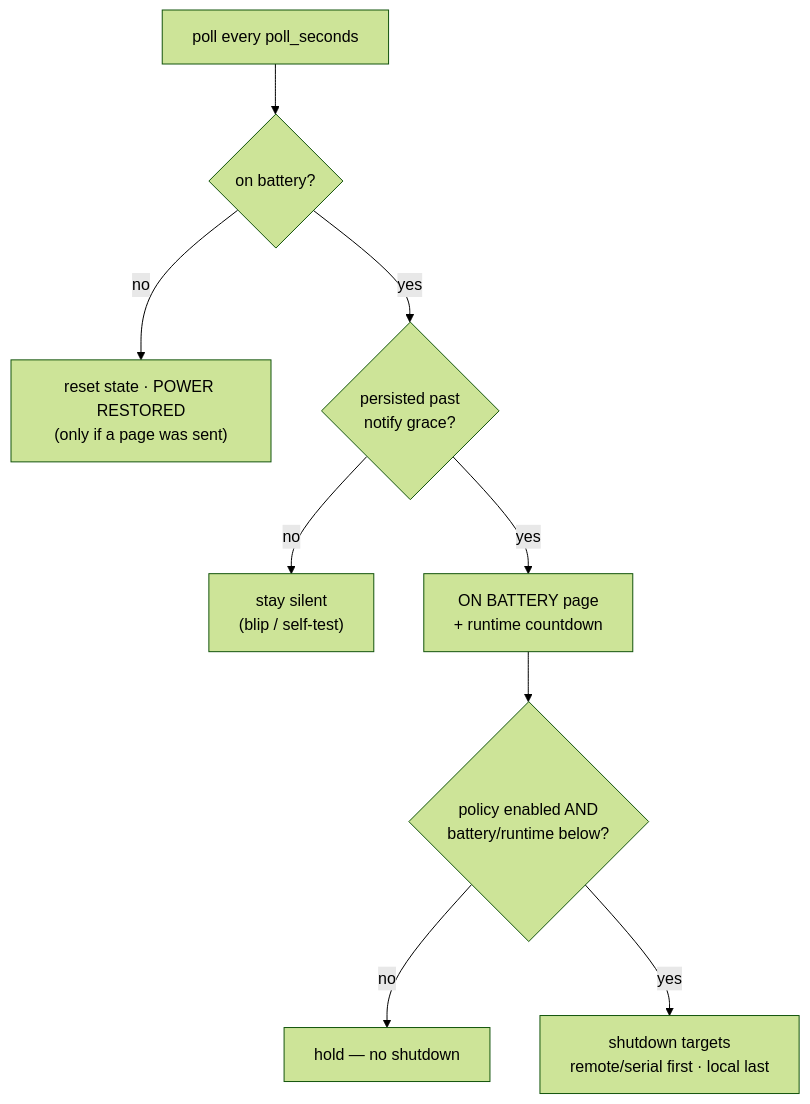
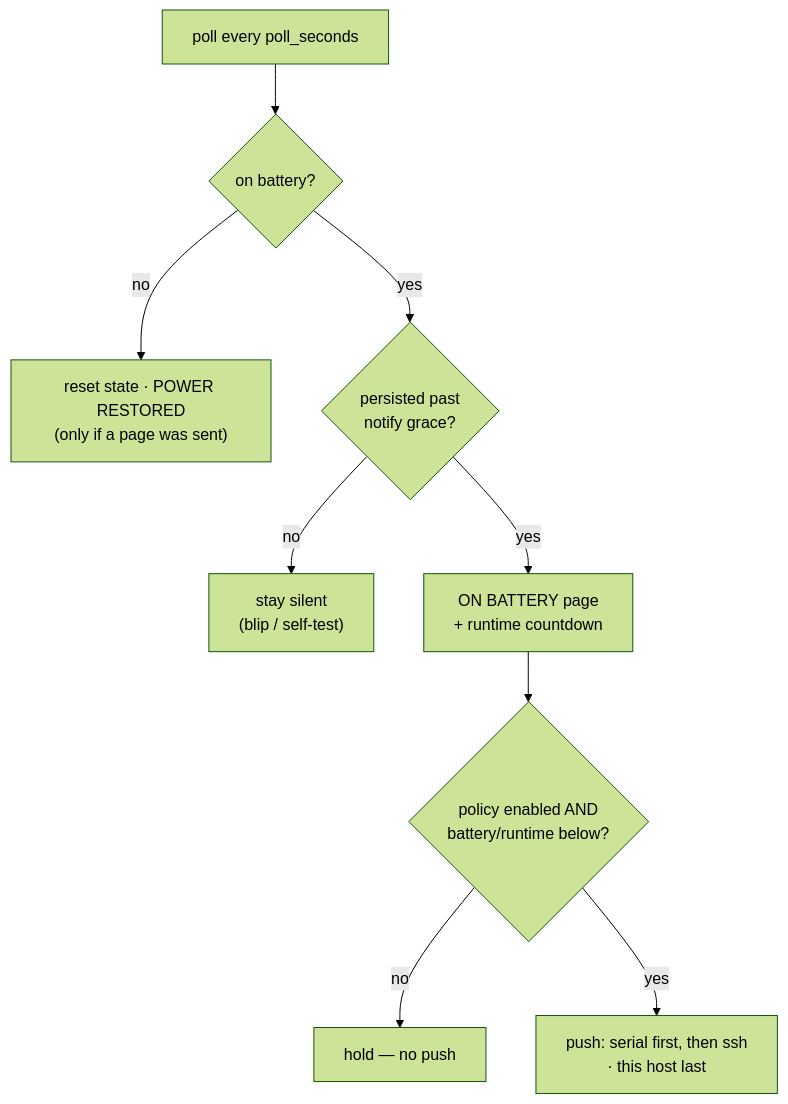
Before and after one commit to kleinpanic/ups-orchestrator: the third of 3 diagrams in docs/Architecture.md, drawn with Mermaid (forest theme). The commit also changed other lines of this file and 8 other files, not shown here.

````diff
--- a/docs/Architecture.md
+++ b/docs/Architecture.md
@@ -40,11 +78,11 @@
 ```mermaid
 flowchart TD
     tick["poll every poll_seconds"] --> onbatt{on battery?}
     onbatt -- no --> restore["reset state · POWER RESTORED<br/>(only if a page was sent)"]
     onbatt -- yes --> grace{"persisted past<br/>notify grace?"}
     grace -- no --> wait["stay silent<br/>(blip / self-test)"]
     grace -- yes --> page["ON BATTERY page<br/>+ runtime countdown"]
     page --> gate{"policy enabled AND<br/>battery/runtime below?"}
-    gate -- no --> hold["hold — no shutdown"]
-    gate -- yes --> fire["shutdown targets<br/>remote/serial first · local last"]
+    gate -- no --> hold["hold — no push"]
+    gate -- yes --> fire["push: serial first, then ssh<br/>· this host last"]
 ```
````
